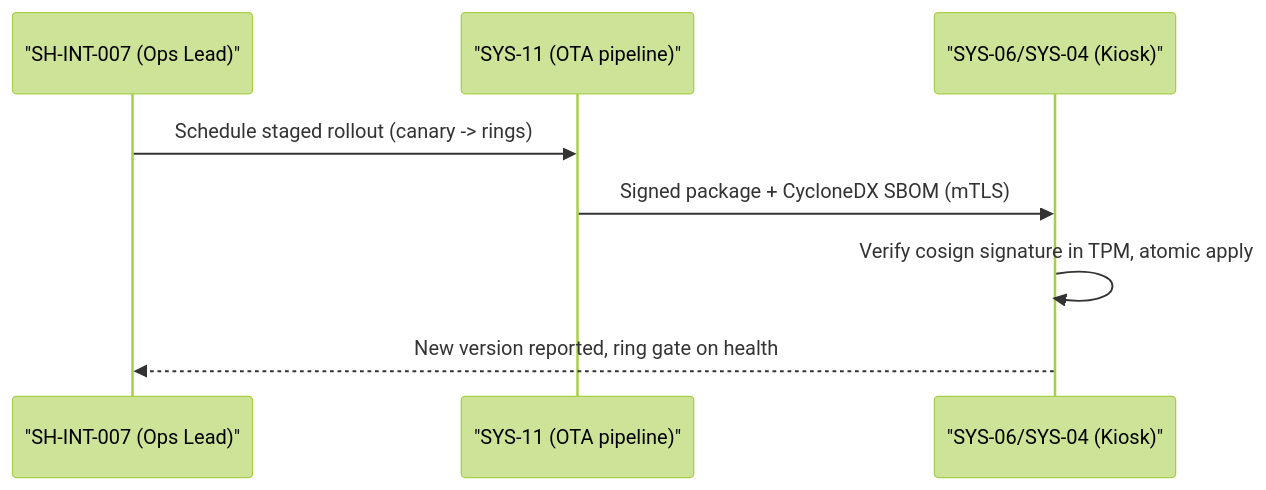
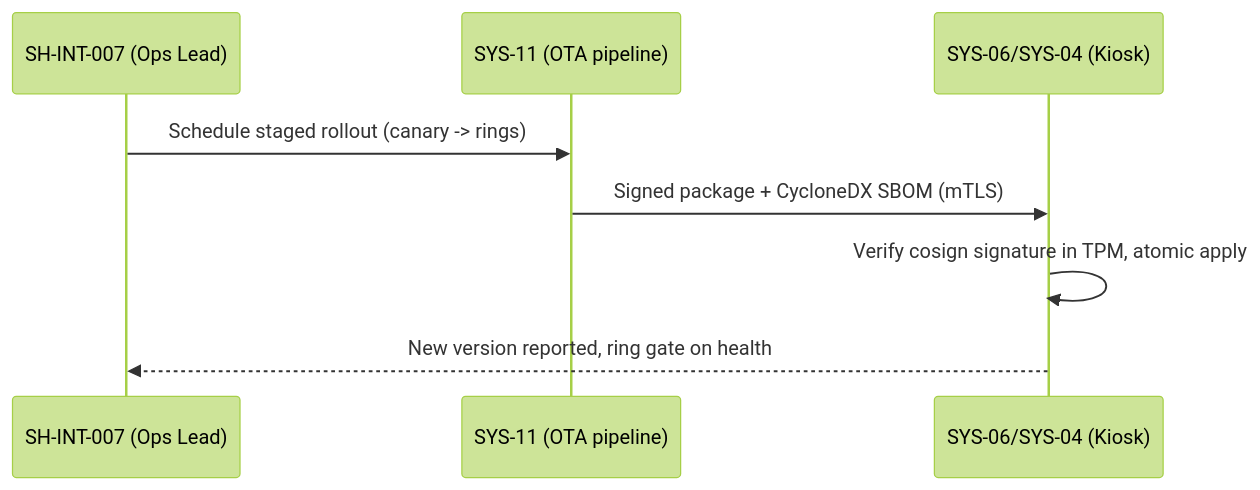
One commit to pauloribeiro16/Methodology_compact changed diagram 13 of 21 in 02_CASES/Case_02_SecureBorder_Solutions/03_PHASE3_DECOMPOSITION/annexes/B_Sequence_Diagrams.md. Above: the diagram before and after it, drawn with Mermaid (forest theme). The commit also changed other lines of this file and 5 other files, not shown here.

Commit message:
[EXECUTOR] uc-catalogues: embed UC diagram gallery + inline sequence diagrams — Case_01/02/03

````diff
--- a/02_CASES/Case_02_SecureBorder_Solutions/03_PHASE3_DECOMPOSITION/annexes/B_Sequence_Diagrams.md
+++ b/02_CASES/Case_02_SecureBorder_Solutions/03_PHASE3_DECOMPOSITION/annexes/B_Sequence_Diagrams.md
@@ -183,10 +180,10 @@
 ```mermaid
 sequenceDiagram
-    participant OPS as "SH-INT-007 (Ops Lead)"
-    participant PIPE as "SYS-11 (OTA pipeline)"
-    participant KIOSK as "SYS-06/SYS-04 (Kiosk)"
+    participant OPS as SH-INT-007 (Ops Lead)
+    participant PIPE as SYS-11 (OTA pipeline)
+    participant KIOSK as SYS-06/SYS-04 (Kiosk)
     OPS->>PIPE: Schedule staged rollout (canary -> rings)
     PIPE->>KIOSK: Signed package + CycloneDX SBOM (mTLS)
     KIOSK->>KIOSK: Verify cosign signature in TPM, atomic apply
     KIOSK-->>OPS: New version reported, ring gate on health
 ```
````
